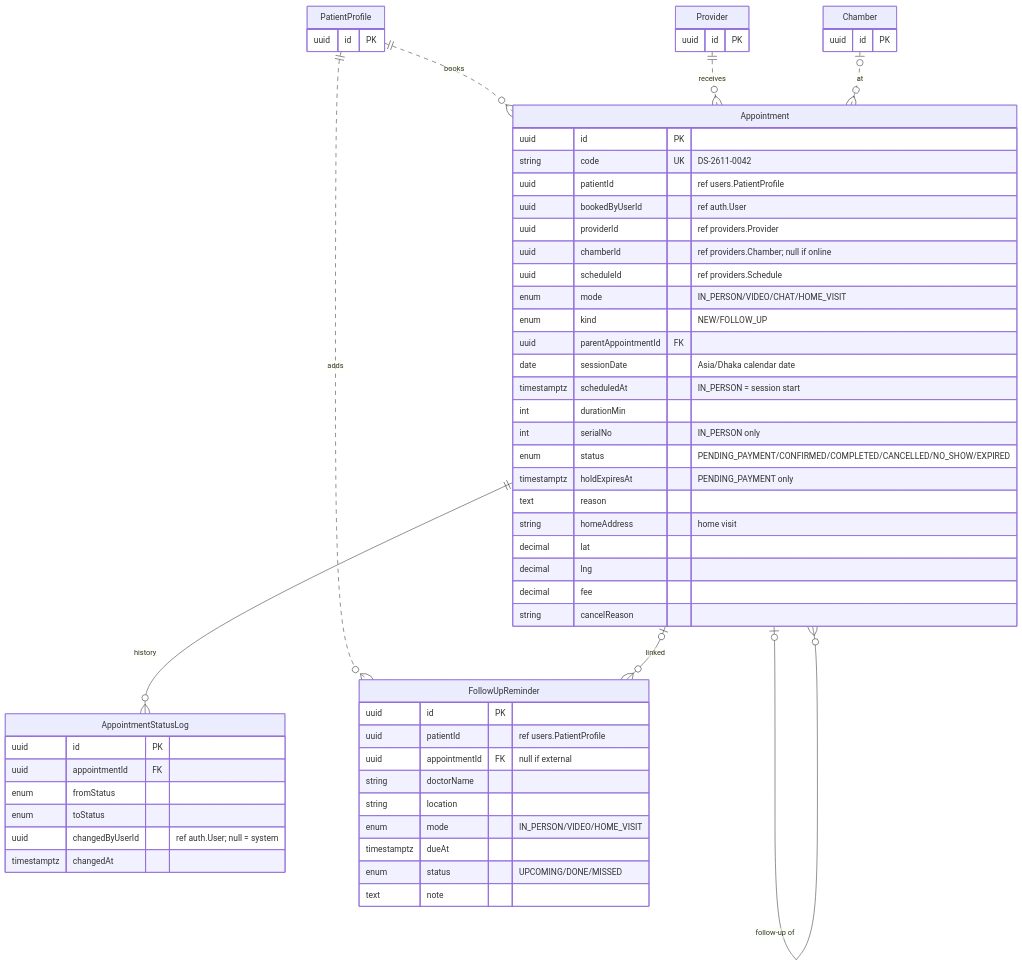
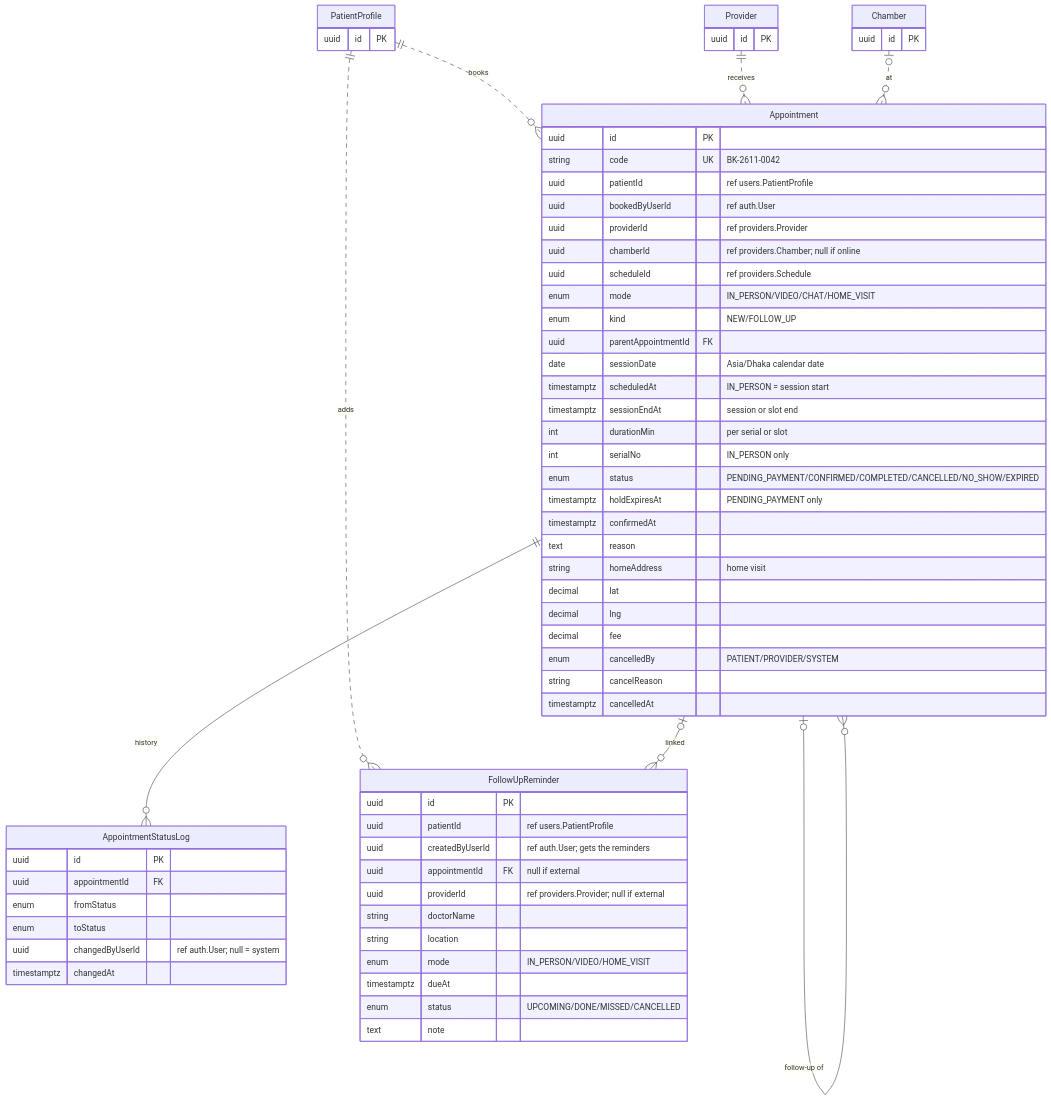
One commit to alamin00006/daily-health changed the fifth of 16 diagrams in erd.md. Above: the diagram before and after it, drawn with Mermaid. The commit also changed other lines of this file and 267 other files, not shown here.

````diff
--- a/erd.md
+++ b/erd.md
@@ -399,62 +430,68 @@
 ```mermaid
 erDiagram
 PatientProfile {
   uuid id PK
 }
 Provider {
   uuid id PK
 }
 Chamber {
   uuid id PK
 }
 Appointment {
   uuid id PK
-  string code UK "DS-2611-0042"
+  string code UK "BK-2611-0042"
   uuid patientId "ref users.PatientProfile"
   uuid bookedByUserId "ref auth.User"
   uuid providerId "ref providers.Provider"
   uuid chamberId "ref providers.Chamber; null if online"
   uuid scheduleId "ref providers.Schedule"
   enum mode "IN_PERSON/VIDEO/CHAT/HOME_VISIT"
   enum kind "NEW/FOLLOW_UP"
   uuid parentAppointmentId FK
   date sessionDate "Asia/Dhaka calendar date"
   timestamptz scheduledAt "IN_PERSON = session start"
-  int durationMin
+  timestamptz sessionEndAt "session or slot end"
+  int durationMin "per serial or slot"
   int serialNo "IN_PERSON only"
   enum status "PENDING_PAYMENT/CONFIRMED/COMPLETED/CANCELLED/NO_SHOW/EXPIRED"
   timestamptz holdExpiresAt "PENDING_PAYMENT only"
+  timestamptz confirmedAt
   text reason
   string homeAddress "home visit"
   decimal lat
   decimal lng
   decimal fee
+  enum cancelledBy "PATIENT/PROVIDER/SYSTEM"
   string cancelReason
+  timestamptz cancelledAt
 }
 AppointmentStatusLog {
   uuid id PK
   uuid appointmentId FK
   enum fromStatus
   enum toStatus
   uuid changedByUserId "ref auth.User; null = system"
   timestamptz changedAt
 }
 FollowUpReminder {
   uuid id PK
   uuid patientId "ref users.PatientProfile"
+  uuid createdByUserId "ref auth.User; gets the reminders"
   uuid appointmentId FK "null if external"
+  uuid providerId "ref providers.Provider; null if external"
   string doctorName
   string location
   enum mode "IN_PERSON/VIDEO/HOME_VISIT"
   timestamptz dueAt
-  enum status "UPCOMING/DONE/MISSED"
+  enum status "UPCOMING/DONE/MISSED/CANCELLED"
   text note
 }
 PatientProfile ||..o{ Appointment : "books"
 Provider ||..o{ Appointment : "receives"
 Chamber |o..o{ Appointment : "at"
 Appointment |o--o{ Appointment : "follow-up of"
 Appointment ||--o{ AppointmentStatusLog : "history"
 PatientProfile ||..o{ FollowUpReminder : "adds"
 Appointment |o--o{ FollowUpReminder : "linked"
 ```
````
